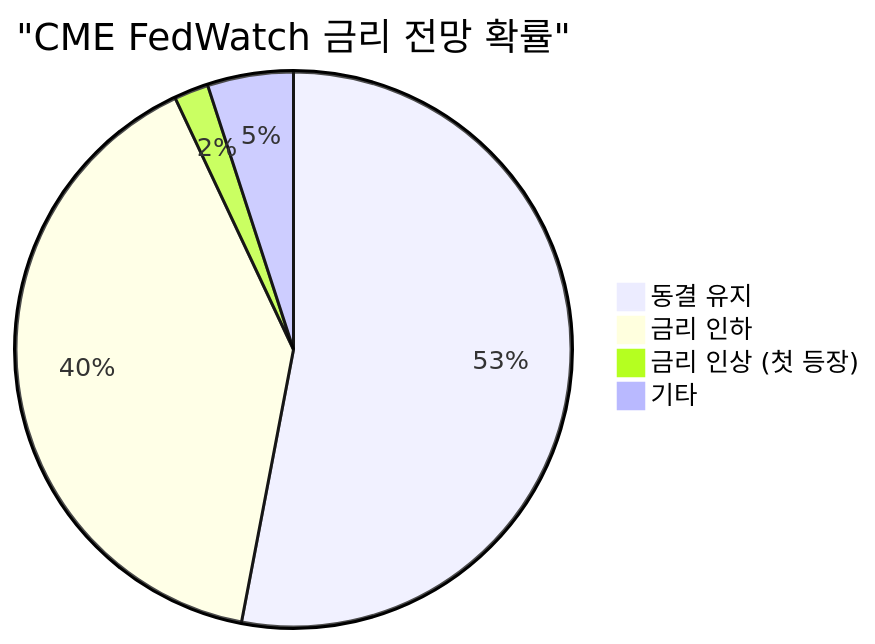
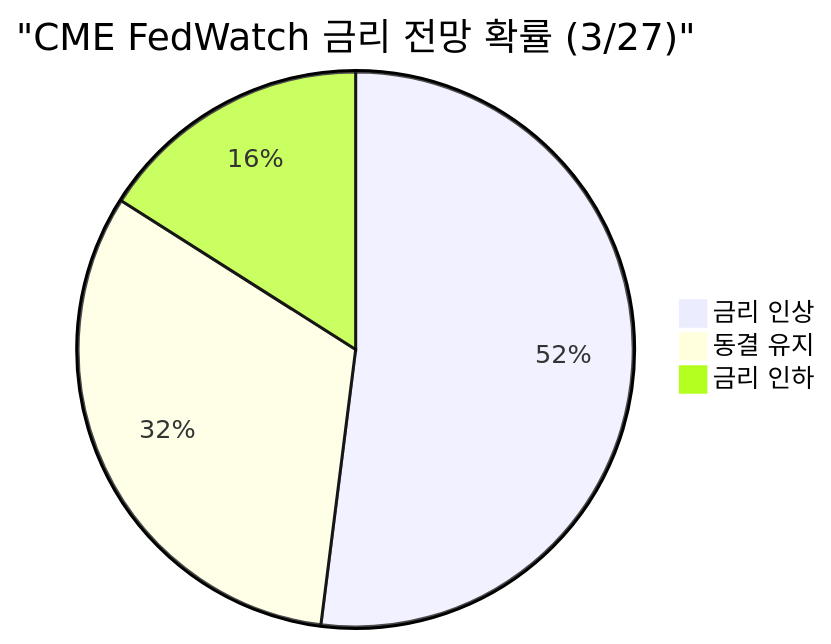
The second of 11 diagrams in _posts/knowledge/invest/2026-01-12-macroeconomic-policy-sector-outlook-2026.md (dss99911/dss99911.github.io), drawn with Mermaid before and after one commit. The commit also changed other lines of this file and 3 other files, not shown here.

````diff
--- a/_posts/knowledge/invest/2026-01-12-macroeconomic-policy-sector-outlook-2026.md
+++ b/_posts/knowledge/invest/2026-01-12-macroeconomic-policy-sector-outlook-2026.md
@@ -105,7 +95,6 @@
 ```mermaid
-pie title "CME FedWatch 금리 전망 확률"
-    "동결 유지" : 53
-    "금리 인하" : 40
-    "금리 인상 #40;첫 등장#41;" : 2
-    "기타" : 5
+pie title "CME FedWatch 금리 전망 확률 #40;3/27#41;"
+    "금리 인상" : 52
+    "동결 유지" : 32
+    "금리 인하" : 16
 ```
````
